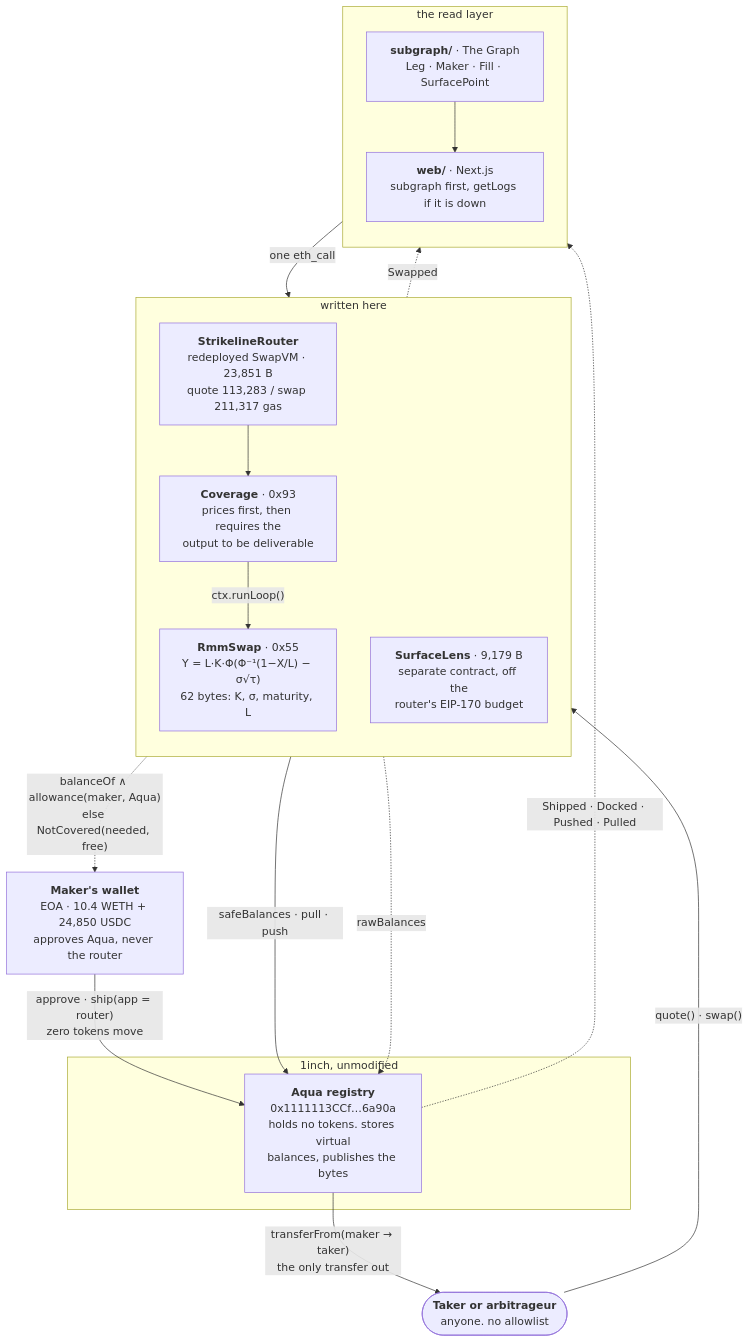
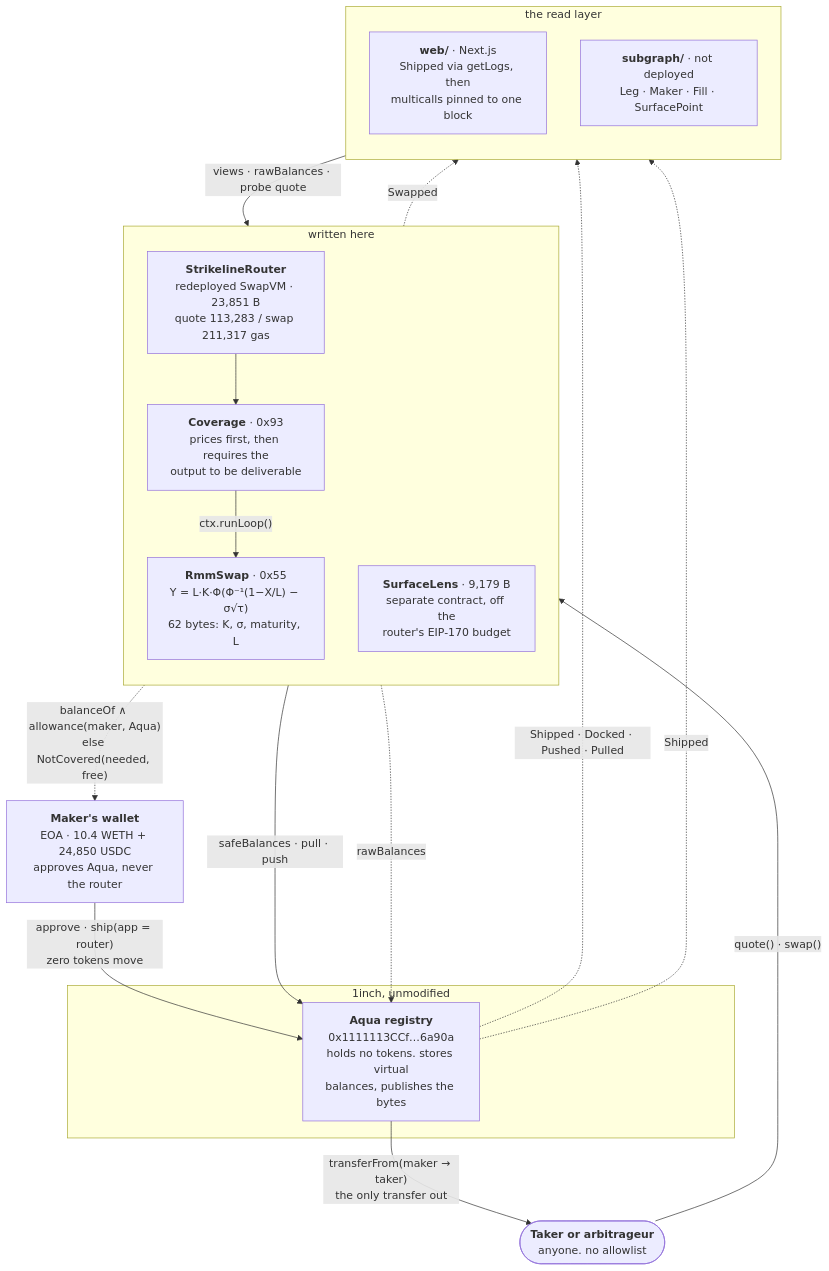
One commit to Kirillr-Sibirski/aqua-app changed the diagram in docs/diagrams/architecture.mmd. Above: the diagram before and after it, drawn with Mermaid. The commit also changed 1 other file, not shown here.

Commit message:
docs(architecture): regenerate the diagram from the current read path

```diff
--- a/docs/diagrams/architecture.mmd
+++ b/docs/diagrams/architecture.mmd
@@ -1,37 +1,37 @@
 %% Strikeline architecture. Source of truth: the fenced block in docs/ARCHITECTURE.md.
 %% Regenerate this file and architecture.svg with the two commands at the end of that document.
 flowchart TB
   wallet["<b>Maker's wallet</b><br/>EOA · 10.4 WETH + 24,850 USDC<br/>approves Aqua, never the router"]
   taker(["<b>Taker or arbitrageur</b><br/>anyone. no allowlist"])
 
   subgraph ours["written here"]
     direction TB
     router["<b>StrikelineRouter</b><br/>redeployed SwapVM · 23,851 B<br/>quote 113,283 / swap 211,317 gas"]
     cov["<b>Coverage</b> · 0x93<br/>prices first, then requires the<br/>output to be deliverable"]
     rmm["<b>RmmSwap</b> · 0x55<br/>Y = L·K·Φ(Φ⁻¹(1−X/L) − σ√τ)<br/>62 bytes: K, σ, maturity, L"]
     lens["<b>SurfaceLens</b> · 9,179 B<br/>separate contract, off the<br/>router's EIP-170 budget"]
     router --> cov
     cov -- "ctx.runLoop()" --> rmm
   end
 
   subgraph inch["1inch, unmodified"]
     aqua["<b>Aqua registry</b><br/>0x1111113CCf…6a90a<br/>holds no tokens. stores virtual<br/>balances, publishes the bytes"]
   end
 
   subgraph read["the read layer"]
     direction TB
-    graphnode["<b>subgraph/</b> · The Graph<br/>Leg · Maker · Fill · SurfacePoint"]
-    web["<b>web/</b> · Next.js<br/>subgraph first, getLogs if it is down"]
-    graphnode --> web
+    web["<b>web/</b> · Next.js<br/>Shipped via getLogs, then<br/>multicalls pinned to one block"]
+    graphnode["<b>subgraph/</b> · not deployed<br/>Leg · Maker · Fill · SurfacePoint"]
   end
 
   wallet -- "approve · ship(app = router)<br/>zero tokens move" --> aqua
   taker -- "quote() · swap()" --> router
   router -- "safeBalances · pull · push" --> aqua
   cov -. "balanceOf ∧ allowance(maker, Aqua)<br/>else NotCovered(needed, free)" .-> wallet
   aqua -- "transferFrom(maker → taker)<br/>the only transfer out" --> taker
 
   aqua -. "Shipped · Docked · Pushed · Pulled" .-> graphnode
   router -. "Swapped" .-> graphnode
-  web -- "one eth_call" --> lens
+  aqua -. "Shipped" .-> web
+  web -- "views · rawBalances · probe quote" --> router
   lens -. "rawBalances" .-> aqua
```
